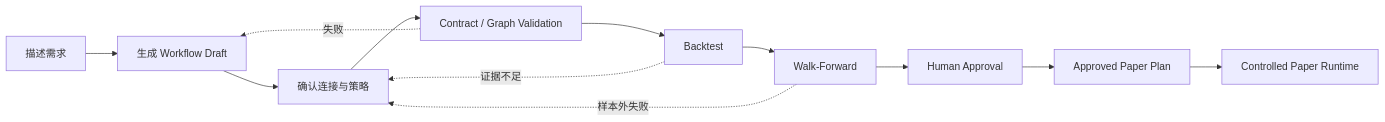
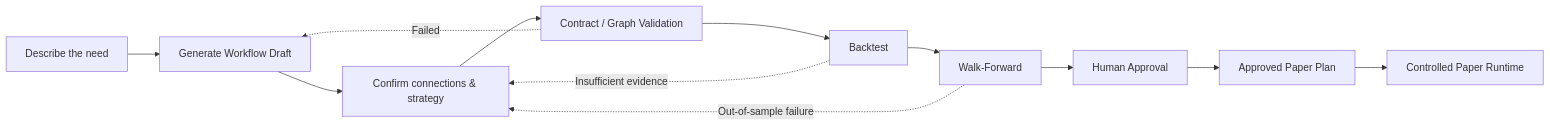
Before and after one commit to EthanAlgoX/LLM-TradeBot: the fourth of 4 diagrams in README.md, drawn with Mermaid. The commit also changed other lines of this file and 1 other file, not shown here.

```diff
--- a/README.md
+++ b/README.md
@@ -182,15 +184,15 @@
 ~~~mermaid
 flowchart LR
-    A["描述需求"] --> B["生成 Workflow Draft"]
-    B --> C["确认连接与策略"]
+    A["Describe the need"] --> B["Generate Workflow Draft"]
+    B --> C["Confirm connections & strategy"]
     C --> D["Contract / Graph Validation"]
     D --> E["Backtest"]
     E --> F["Walk-Forward"]
     F --> G["Human Approval"]
     G --> H["Approved Paper Plan"]
     H --> I["Controlled Paper Runtime"]
 
-    D -.失败.-> B
-    E -.证据不足.-> C
-    F -.样本外失败.-> C
+    D -.Failed.-> B
+    E -.Insufficient evidence.-> C
+    F -.Out-of-sample failure.-> C
 ~~~
```
